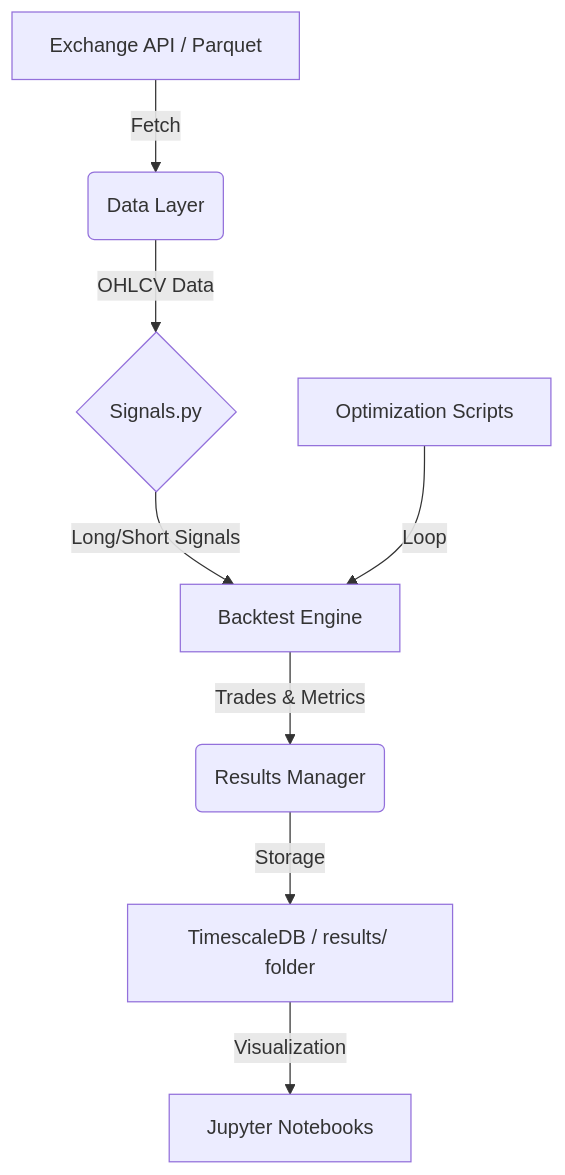
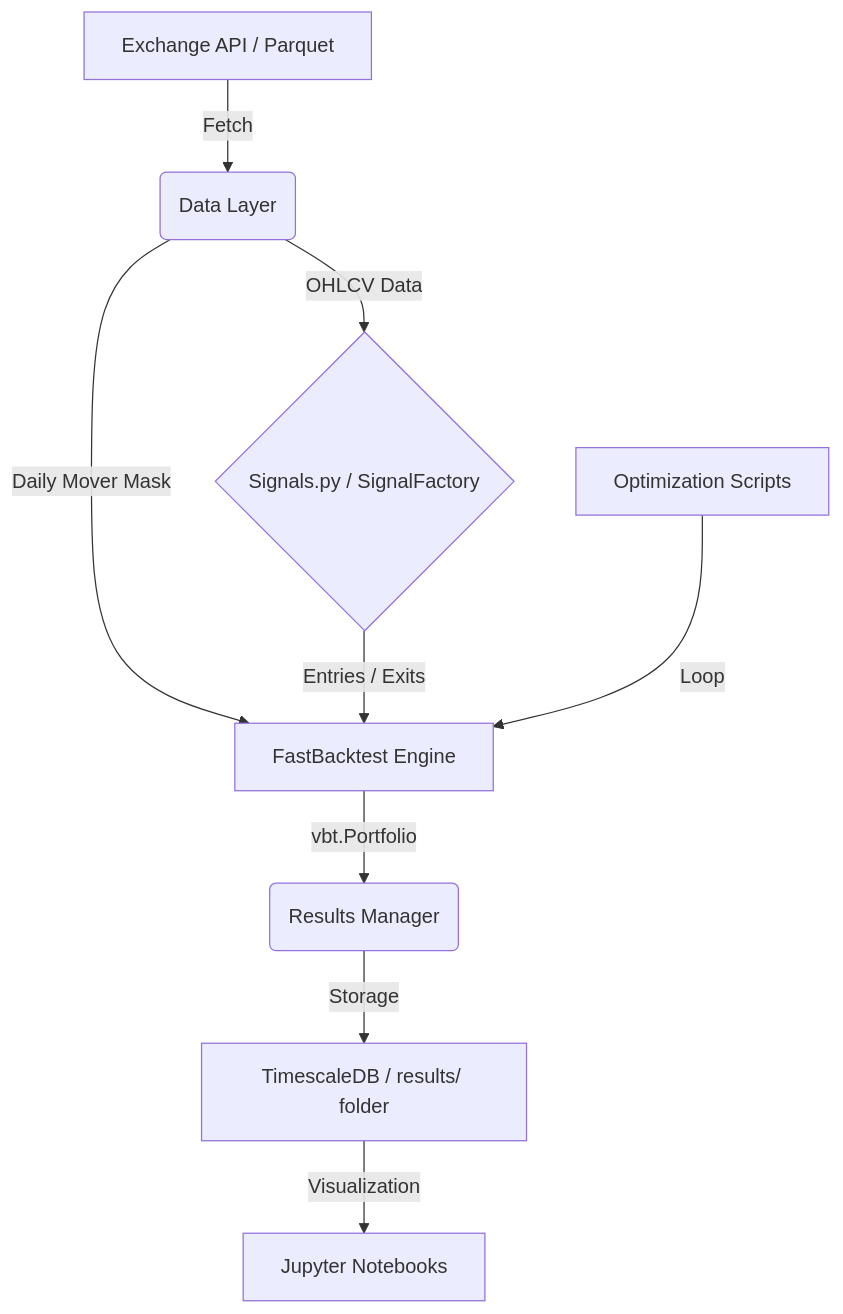
The diagram in docs/architecture.md (garykuepper/ggTrader), drawn with Mermaid before and after one commit. The commit also changed other lines of this file and 16 other files, not shown here.

Commit message:
feat: introduce vectorized fast backtesting engine, scripts for backtest, walk-forward optimization, and sensitivity analysis, along with data/results utilities and documentation.

````diff
--- a/docs/architecture.md
+++ b/docs/architecture.md
@@ -41,10 +37,11 @@
 ```mermaid
 graph TD
     A[Exchange API / Parquet] -->|Fetch| B(Data Layer)
-    B -->|OHLCV Data| C{Signals.py}
-    C -->|Long/Short Signals| D[Backtest Engine]
-    D -->|Trades & Metrics| E(Results Manager)
+    B -->|OHLCV Data| C{Signals.py / SignalFactory}
+    B -->|Daily Mover Mask| D[FastBacktest Engine]
+    C -->|Entries / Exits| D
+    D -->|vbt.Portfolio| E(Results Manager)
     E -->|Storage| F[TimescaleDB / results/ folder]
     G[Optimization Scripts] -->|Loop| D
     F -->|Visualization| H[Jupyter Notebooks]
 ```
````
